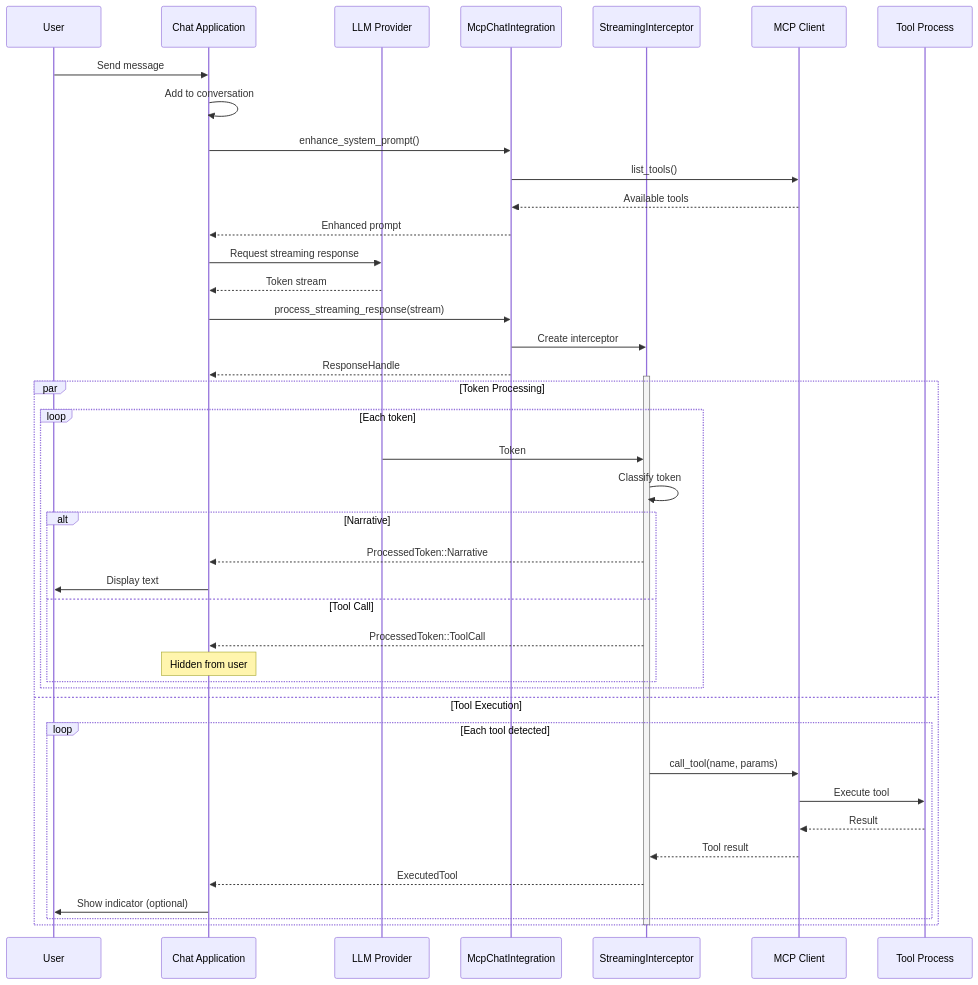
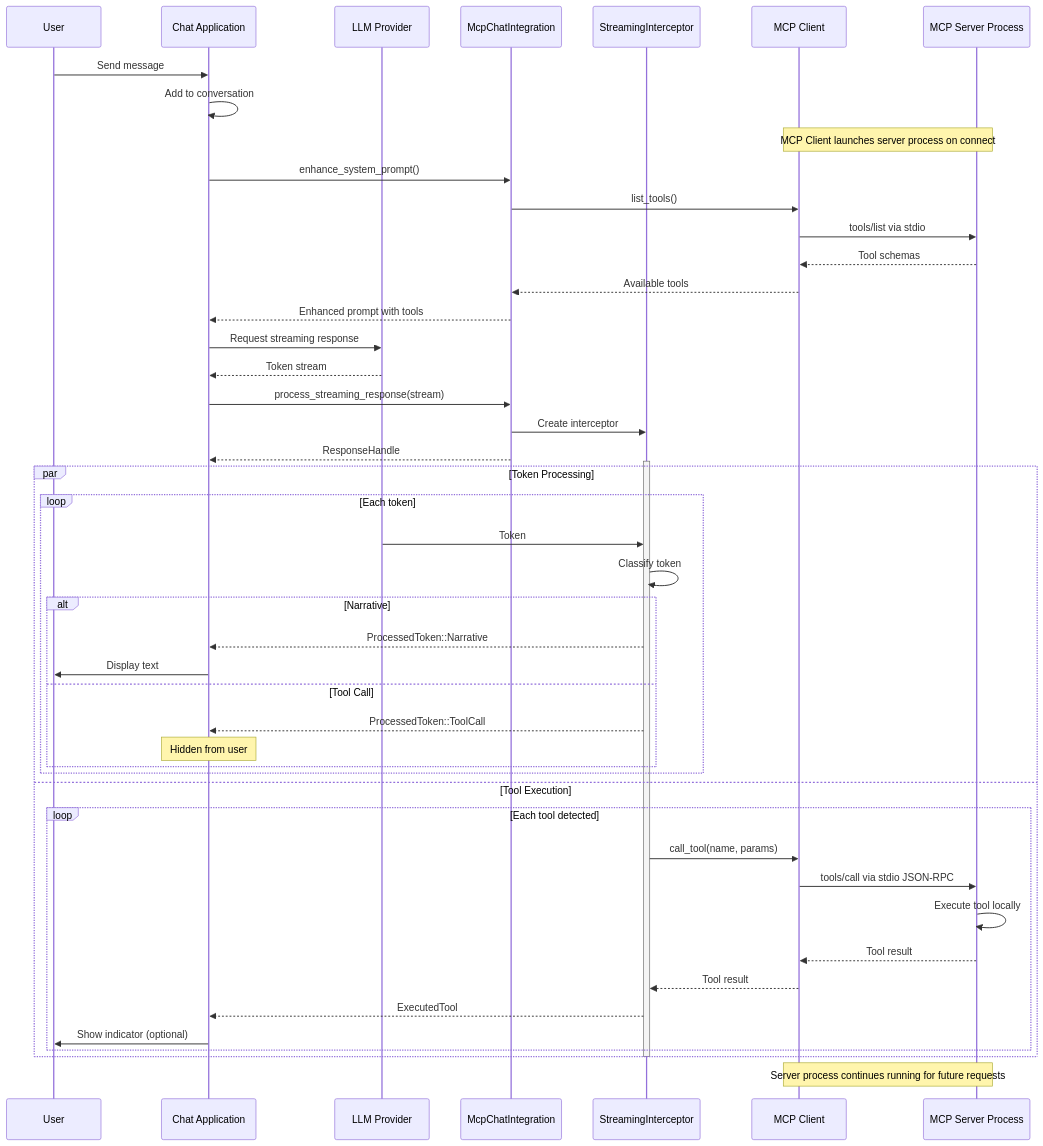
One commit to navicore/gamecode-mcp2 changed the third of 3 diagrams in mcp-host/docs/streaming-architecture.md. Above: the diagram before and after it, drawn with Mermaid. The commit also changed 1 other file, not shown here.

Commit message:
streaming

````diff
--- a/mcp-host/docs/streaming-architecture.md
+++ b/mcp-host/docs/streaming-architecture.md
@@ -89,50 +89,56 @@
 ```mermaid
 sequenceDiagram
     participant User
     participant ChatApp as Chat Application
     participant LLM as LLM Provider
     participant MCP as McpChatIntegration
     participant SI as StreamingInterceptor
     participant MC as MCP Client
-    participant Tool as Tool Process
+    participant MS as MCP Server Process
     
     User->>ChatApp: Send message
     ChatApp->>ChatApp: Add to conversation
     
+    Note over MC,MS: MCP Client launches server process on connect
     ChatApp->>MCP: enhance_system_prompt()
     MCP->>MC: list_tools()
+    MC->>MS: tools/list via stdio
+    MS-->>MC: Tool schemas
     MC-->>MCP: Available tools
-    MCP-->>ChatApp: Enhanced prompt
+    MCP-->>ChatApp: Enhanced prompt with tools
     
     ChatApp->>LLM: Request streaming response
     LLM-->>ChatApp: Token stream
     
     ChatApp->>MCP: process_streaming_response(stream)
     MCP->>SI: Create interceptor
     MCP-->>ChatApp: ResponseHandle
     
     activate SI
     par Token Processing
         loop Each token
             LLM->>SI: Token
             SI->>SI: Classify token
             alt Narrative
                 SI-->>ChatApp: ProcessedToken::Narrative
                 ChatApp->>User: Display text
             else Tool Call
                 SI-->>ChatApp: ProcessedToken::ToolCall
                 note over ChatApp: Hidden from user
             end
         end
     and Tool Execution
         loop Each tool detected
             SI->>MC: call_tool(name, params)
-            MC->>Tool: Execute tool
-            Tool-->>MC: Result
+            MC->>MS: tools/call via stdio JSON-RPC
+            MS->>MS: Execute tool locally
+            MS-->>MC: Tool result
             MC-->>SI: Tool result
             SI-->>ChatApp: ExecutedTool
             ChatApp->>User: Show indicator (optional)
         end
     end
     deactivate SI
+    
+    Note over MC,MS: Server process continues running for future requests
 ```
````
